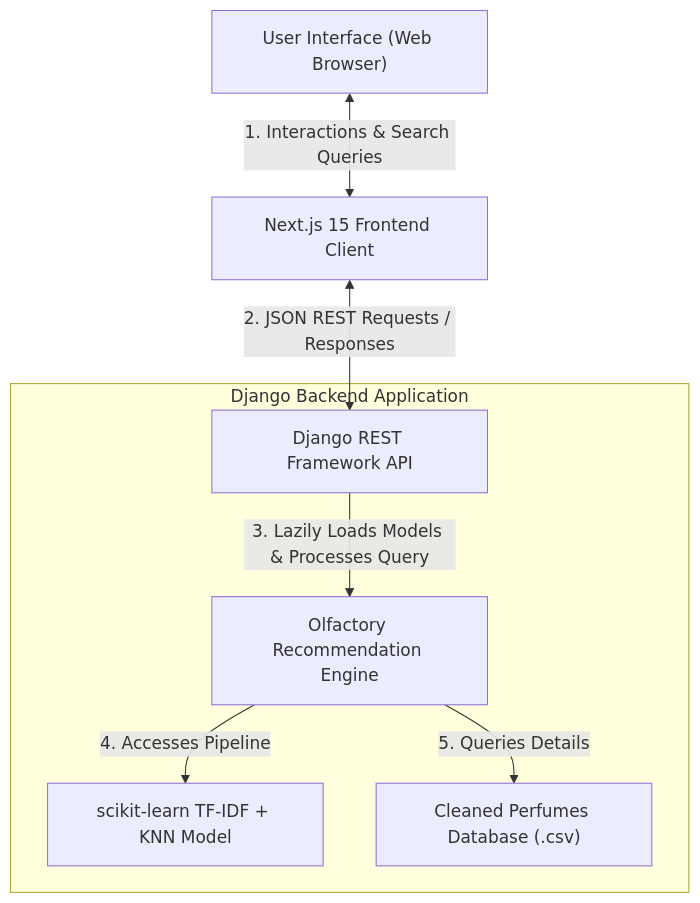
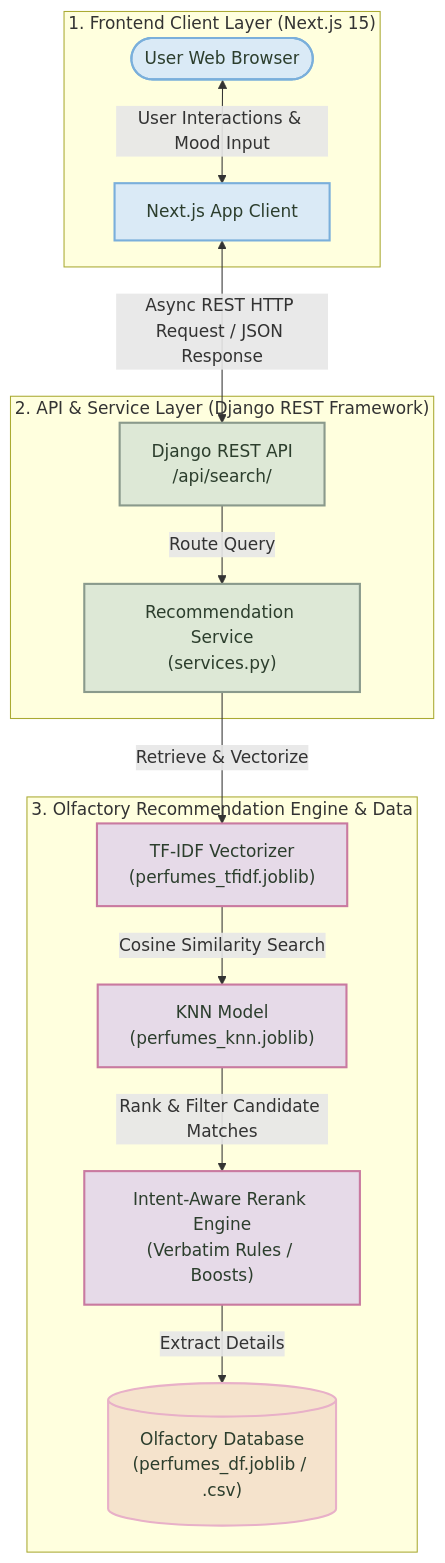
One commit to NavidZamanKhan/Sillage changed the first of 2 diagrams in README.md. Above: the diagram before and after it, drawn with Mermaid.

Commit message:
docs: update architecture diagram in README with detailed layer definitions and styling

````diff
--- a/README.md
+++ b/README.md
@@ -64,11 +64,33 @@
 ```mermaid
 graph TD
-    Client["User Interface (Web Browser)"] <-->|1. Interactions & Search Queries| FE["Next.js 15 Frontend Client"]
-    FE <-->|2. JSON REST Requests / Responses| BE["Django REST Framework API"]
+    %% Define Styles
+    classDef client fill:#daeaf6,stroke:#7aafdb,stroke-width:2px,color:#2c3e2d;
+    classDef api fill:#dde8d6,stroke:#8a9a8c,stroke-width:2px,color:#2c3e2d;
+    classDef ml fill:#e6dae8,stroke:#c97aa0,stroke-width:2px,color:#2c3e2d;
+    classDef data fill:#f5e3cc,stroke:#e8b0c8,stroke-width:2px,color:#2c3e2d;
 
-    subgraph backend ["Django Backend Application"]
-        BE["Django REST Framework API"] -->|3. Lazily Loads Models & Processes Query| MLService["Olfactory Recommendation Engine"]
-        MLService -->|4. Accesses Pipeline| Model["scikit-learn TF-IDF + KNN Model"]
-        MLService -->|5. Queries Details| Data["Cleaned Perfumes Database (.csv)"]
+    %% Elements
+    subgraph ClientLayer ["1. Frontend Client Layer (Next.js 15)"]
+        Browser(["User Web Browser"]) <-->|User Interactions & Mood Input| FE["Next.js App Client"]
     end
+
+    subgraph BackendLayer ["2. API & Service Layer (Django REST Framework)"]
+        BE["Django REST API<br/>/api/search/"] -->|Route Query| DRFServices["Recommendation Service<br/>(services.py)"]
+    end
+
+    subgraph MLLayer ["3. Olfactory Recommendation Engine & Data"]
+        DRFServices -->|Retrieve & Vectorize| TFIDF["TF-IDF Vectorizer<br/>(perfumes_tfidf.joblib)"]
+        TFIDF -->|Cosine Similarity Search| KNN["KNN Model<br/>(perfumes_knn.joblib)"]
+        KNN -->|Rank & Filter Candidate Matches| Reranker["Intent-Aware Rerank Engine<br/>(Verbatim Rules / Boosts)"]
+        Reranker -->|Extract Details| Database[("Olfactory Database<br/>(perfumes_df.joblib / .csv)")]
+    end
+
+    %% Cross-layer links
+    FE <-->|Async REST HTTP Request / JSON Response| BE
+
+    %% Apply Styles
+    class Browser,FE client;
+    class BE,DRFServices api;
+    class TFIDF,KNN,Reranker ml;
+    class Database data;
 ```
````
